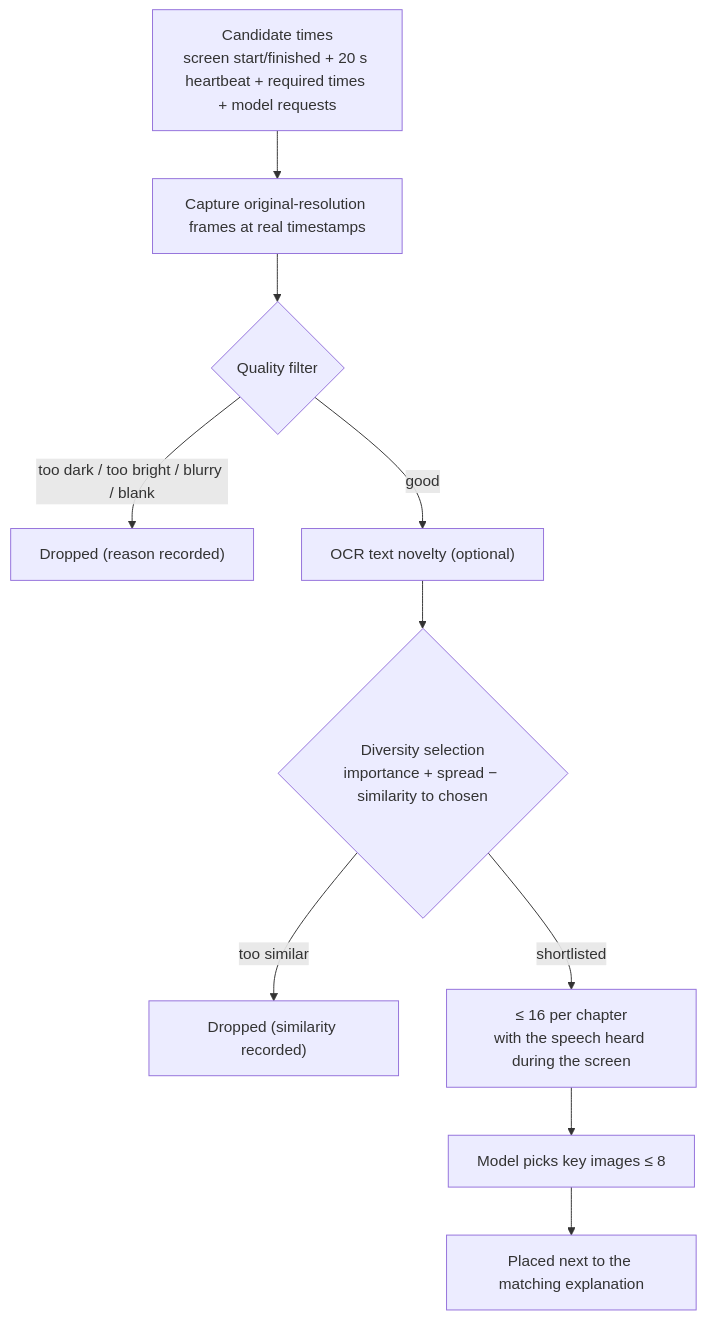
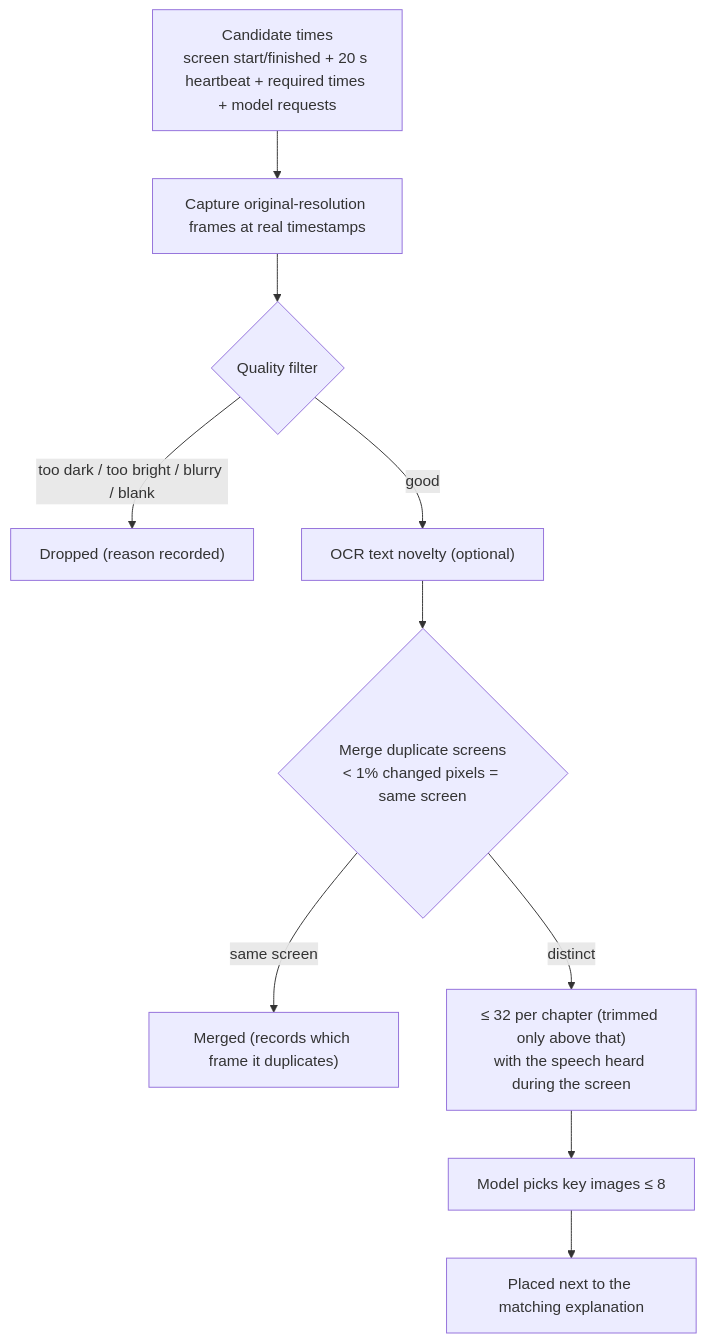
Before and after one commit to songyang8964/video-notes: the fourth of 7 diagrams in README.en.md, drawn with Mermaid. The commit also changed other lines of this file and 6 other files, not shown here.

First line of the commit message:
Keep every distinct screen as a candidate; fix requested frames displacing the shortlist

````diff
--- a/README.en.md
+++ b/README.en.md
@@ -198,12 +198,12 @@
 ```mermaid
 flowchart TD
     A["Candidate times<br/>screen start/finished + 20 s heartbeat + required times + model requests"] --> B["Capture original-resolution frames at real timestamps"]
     B --> Q{"Quality filter"}
     Q -- too dark / too bright / blurry / blank --> R1["Dropped (reason recorded)"]
     Q -- good --> O["OCR text novelty (optional)"]
-    O --> D{"Diversity selection<br/>importance + spread − similarity to chosen"}
-    D -- too similar --> R2["Dropped (similarity recorded)"]
-    D -- shortlisted --> SH["≤ 16 per chapter<br/>with the speech heard during the screen"]
+    O --> D{"Merge duplicate screens<br/>< 1% changed pixels = same screen"}
+    D -- same screen --> R2["Merged (records which frame it duplicates)"]
+    D -- distinct --> SH["≤ 32 per chapter (trimmed only above that)<br/>with the speech heard during the screen"]
     SH --> M["Model picks key images ≤ 8"]
     M --> N["Placed next to the matching explanation"]
 ```
````
